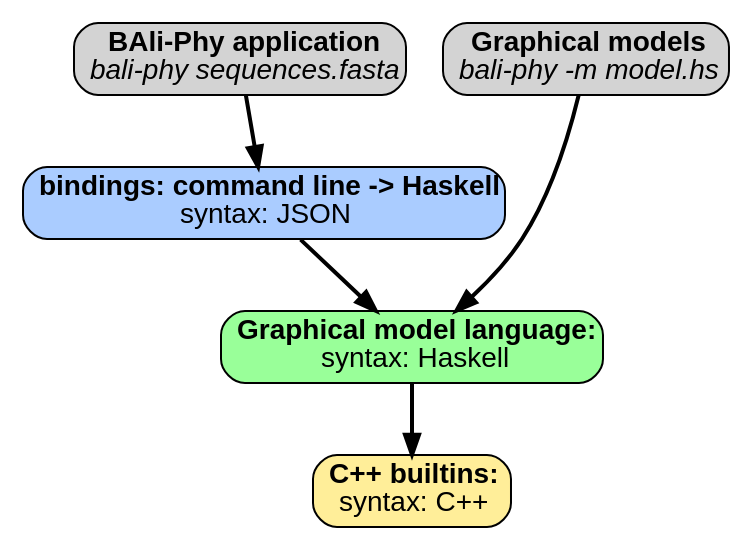
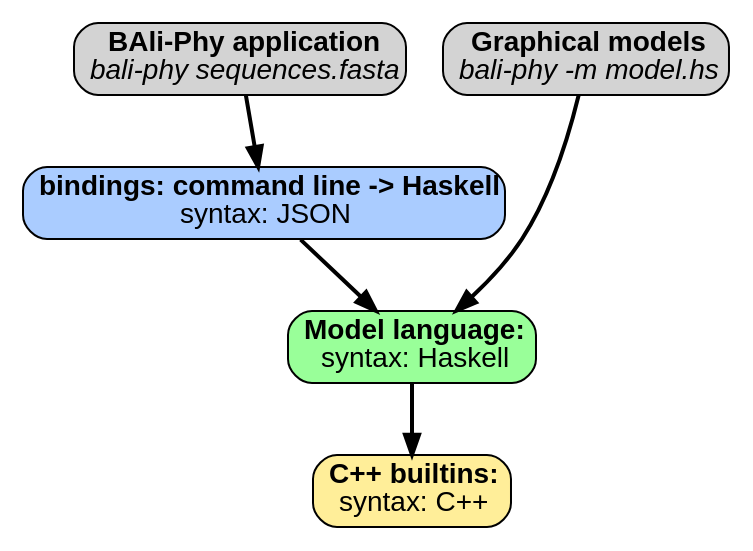
The diagram in doc/developer/architecture.dot (bredelings/BAli-Phy), drawn with Graphviz before and after one commit.

Commit message:
Simplify architecture graph.

```diff
--- a/doc/developer/architecture.dot
+++ b/doc/developer/architecture.dot
@@ -1,21 +1,21 @@
 digraph "Architecture" {
 graph [ranksep=0.25, fontname=Arial,  nodesep=0.25, ranksep=0.5];
 node [fontname=Arial, style="filled,rounded", height=0, width=0, shape=box];
 edge [style="setlinewidth(2)"];
 
 bali_phy [label=<<b>BAli-Phy application</b><br/><i>bali-phy sequences.fasta</i>>]
 
 graphical_models  [label=<<b>Graphical models</b><br/><i>bali-phy -m model.hs</i>>]
 
-graphical_model_language [label=<<b>Graphical model language:</b><br/>syntax: Haskell>, fillcolor="#99ff99"]
+graphical_model_language [label=<<b>Model language:</b><br/>syntax: Haskell>, fillcolor="#99ff99"]
 
 cpp_builtins [label=<<b>C++ builtins:</b><br/>syntax: C++<br/>>,fillcolor="#ffee99"]
 
 {rank = same; bali_phy; graphical_models}
 
 bali_phy -> JSON_files
 JSON_files [label=<<b>bindings: command line -&gt; Haskell</b><br/>syntax: JSON>,fillcolor="#aaccff"]
 JSON_files -> graphical_model_language
 graphical_models -> graphical_model_language
 graphical_model_language -> cpp_builtins
 }
```
